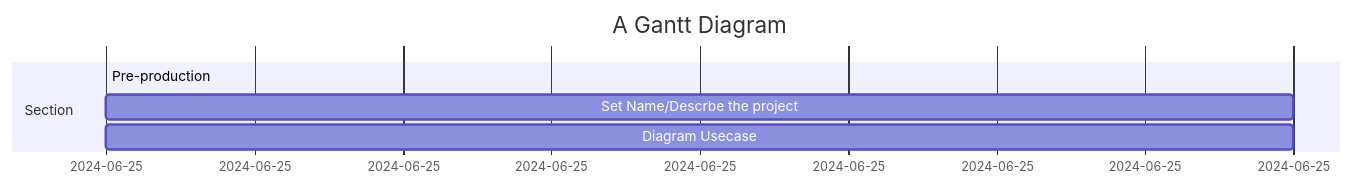
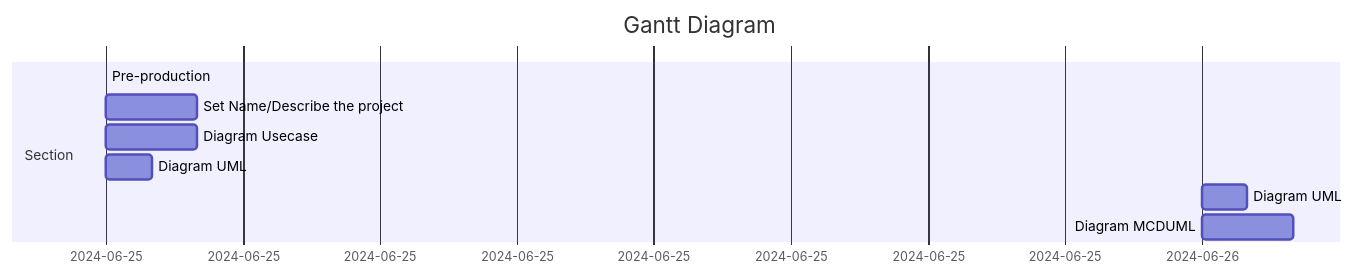
One commit to JameS-Gmz/api-Rest changed the first of 3 diagrams in README.md. Above: the diagram before and after it, drawn with Mermaid.

````diff
--- a/README.md
+++ b/README.md
@@ -48,11 +48,14 @@
 ```mermaid
 gantt
-    title A Gantt Diagram
+    title Gantt Diagram
     dateFormat  YYYY-MM-DD
 
     section Section
     Pre-production   :a1, 2024-06-25, 8hh
-    Set Name/Descrbe the project     :a2, 2024-06-25, 2h
-    Diagram Usecase      :a3, 2024-06-25, 2h
+    Set Name/Describe the project     :a2, 2024-06-25, 2h
+    Diagram Usecase     :a3, 2024-06-25, 2h
+    Diagram UML : a4, 2024-06-25, 1h
+    Diagram UML : a5, 2024-06-26, 1h
+    Diagram MCDUML : a6, 2024-06-26, 2h
 
 ```
````
